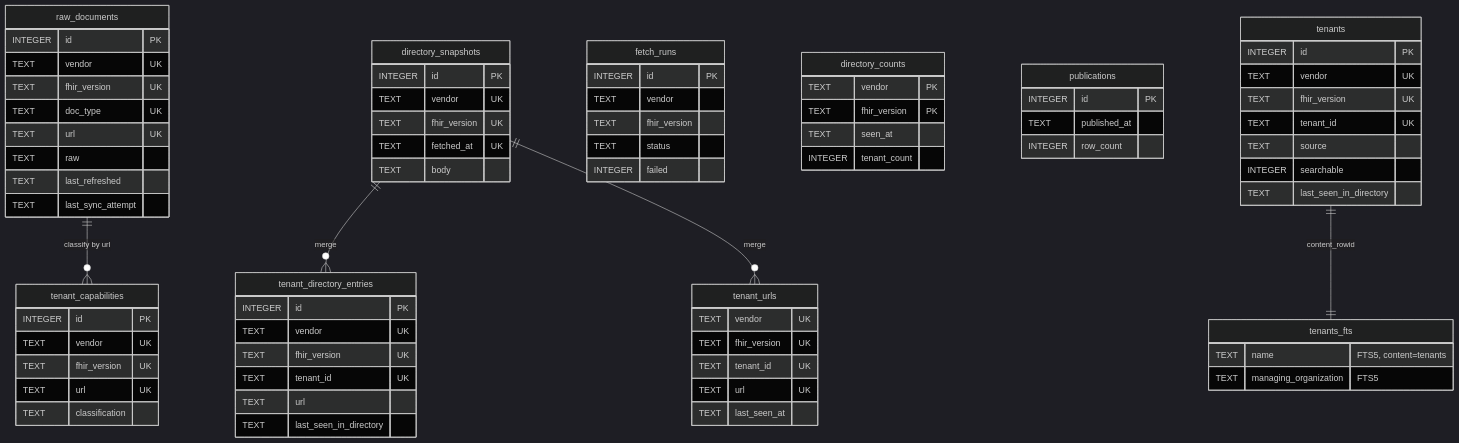
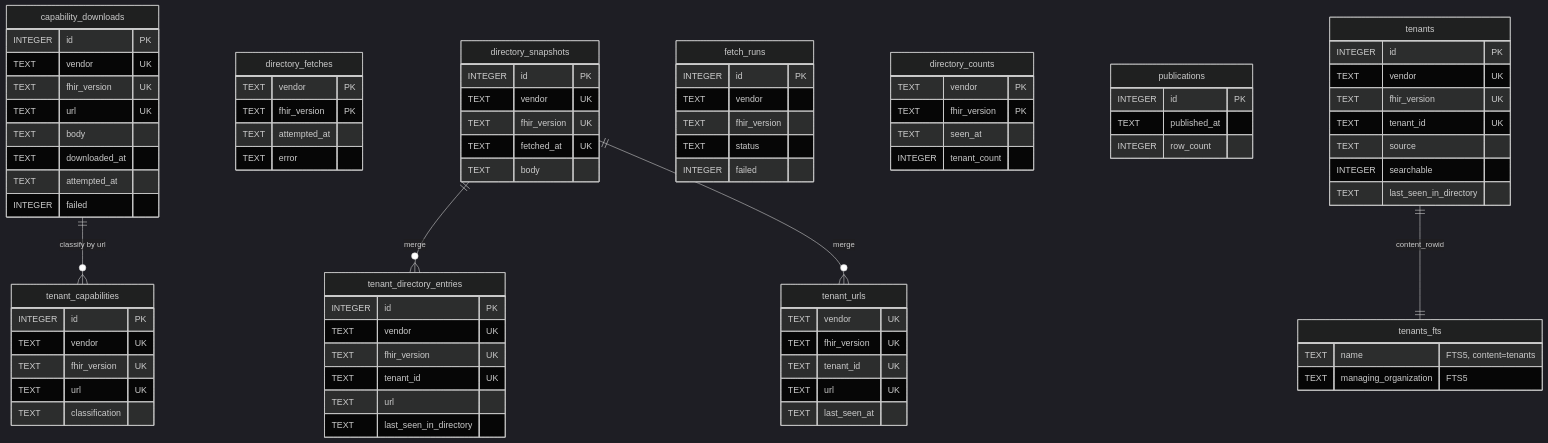
Before and after one commit to cfu288/mere-medical: the first of 2 diagrams in libs/emr-pipeline/README.md, drawn with Mermaid (dark theme). The commit also changed other lines of this file and 12 other files, not shown here.

````diff
--- a/libs/emr-pipeline/README.md
+++ b/libs/emr-pipeline/README.md
@@ -99,14 +99,20 @@
 ```mermaid
 erDiagram
-  raw_documents {
+  capability_downloads {
     INTEGER id PK
     TEXT vendor UK
     TEXT fhir_version UK
-    TEXT doc_type UK
     TEXT url UK
-    TEXT raw
-    TEXT last_refreshed
-    TEXT last_sync_attempt
+    TEXT body
+    TEXT downloaded_at
+    TEXT attempted_at
+    INTEGER failed
+  }
+  directory_fetches {
+    TEXT vendor PK
+    TEXT fhir_version PK
+    TEXT attempted_at
+    TEXT error
   }
   directory_snapshots {
     INTEGER id PK
@@ -171,6 +177,6 @@
 
   directory_snapshots ||--o{ tenant_directory_entries : "merge"
   directory_snapshots ||--o{ tenant_urls : "merge"
-  raw_documents ||--o{ tenant_capabilities : "classify by url"
+  capability_downloads ||--o{ tenant_capabilities : "classify by url"
   tenants ||--|| tenants_fts : content_rowid
 ```
````
